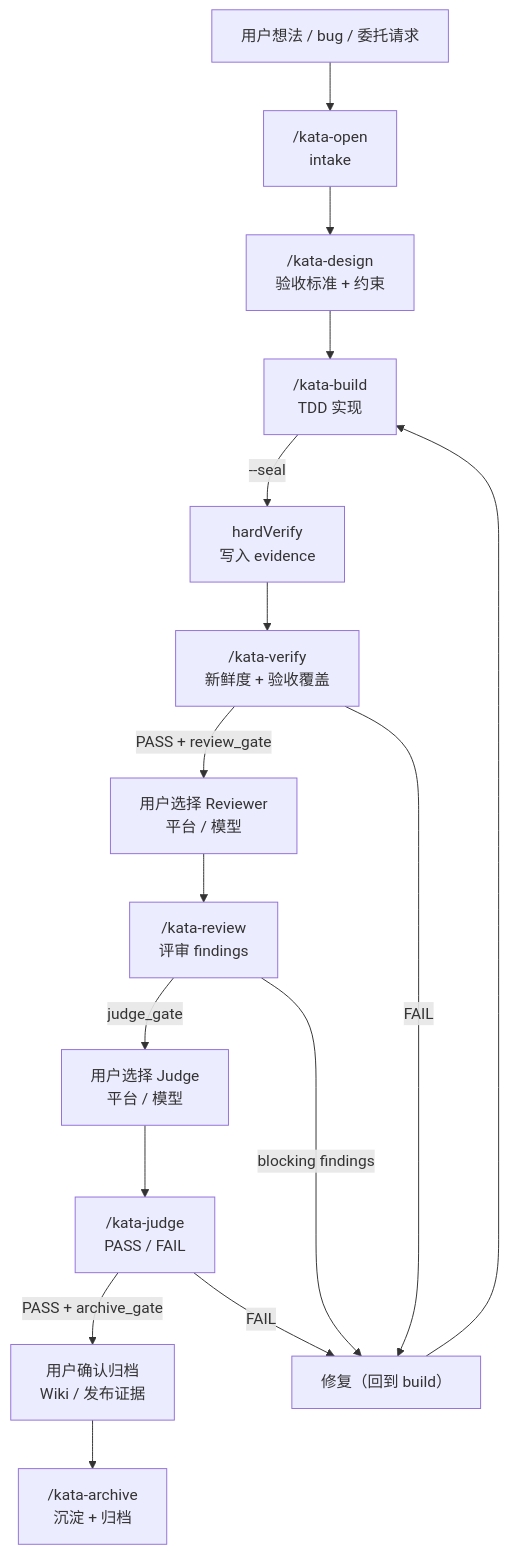
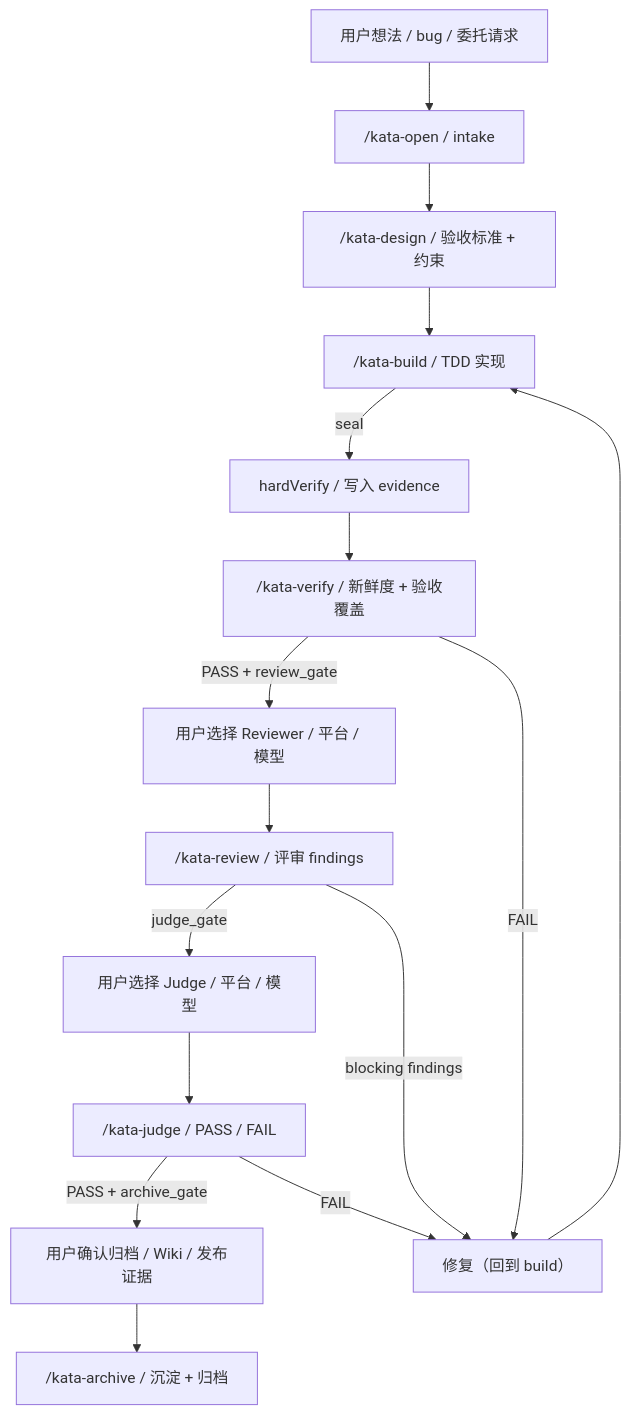
The second of 6 diagrams in README_ZH.md (geebytes/kata), drawn with Mermaid before and after one commit. The commit also changed other lines of this file and 1 other file, not shown here.

Commit message:
docs: fix mermaid diagrams — replace br tags with plain text separators

````diff
--- a/README_ZH.md
+++ b/README_ZH.md
@@ -89,18 +89,18 @@
 ```mermaid
 flowchart TD
-    U["用户想法 / bug / 委托请求"] --> O["/kata-open<br/>intake"]
-    O --> D["/kata-design<br/>验收标准 + 约束"]
-    D --> B["/kata-build<br/>TDD 实现"]
-    B -- "--seal" --> HV["hardVerify<br/>写入 evidence"]
-    HV --> V["/kata-verify<br/>新鲜度 + 验收覆盖"]
-    V -- "PASS + review_gate" --> RG["用户选择 Reviewer<br/>平台 / 模型"]
-    RG --> R["/kata-review<br/>评审 findings"]
-    R -- "judge_gate" --> JG["用户选择 Judge<br/>平台 / 模型"]
-    JG --> J["/kata-judge<br/>PASS / FAIL"]
-    J -- "PASS + archive_gate" --> AG["用户确认归档<br/>Wiki / 发布证据"]
-    AG --> AR["/kata-archive<br/>沉淀 + 归档"]
+    U["用户想法 / bug / 委托请求"] --> O["/kata-open / intake"]
+    O --> D["/kata-design / 验收标准 + 约束"]
+    D --> B["/kata-build / TDD 实现"]
+    B -- seal --> HV["hardVerify / 写入 evidence"]
+    HV --> V["/kata-verify / 新鲜度 + 验收覆盖"]
+    V -- "PASS + review_gate" --> RG["用户选择 Reviewer / 平台 / 模型"]
+    RG --> R["/kata-review / 评审 findings"]
+    R -- "judge_gate" --> JG["用户选择 Judge / 平台 / 模型"]
+    JG --> J["/kata-judge / PASS / FAIL"]
+    J -- "PASS + archive_gate" --> AG["用户确认归档 / Wiki / 发布证据"]
+    AG --> AR["/kata-archive / 沉淀 + 归档"]
     V -- "FAIL" --> REPAIR["修复（回到 build）"]
     R -- "blocking findings" --> REPAIR
     J -- "FAIL" --> REPAIR
     REPAIR --> B
 ```
````
